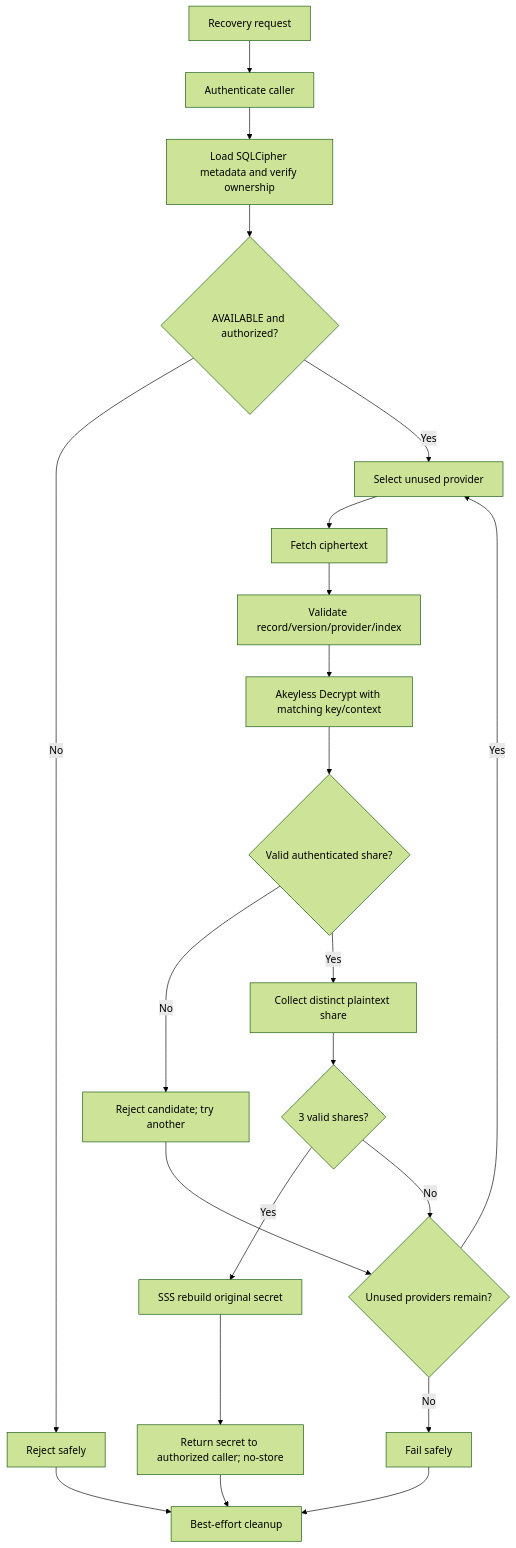
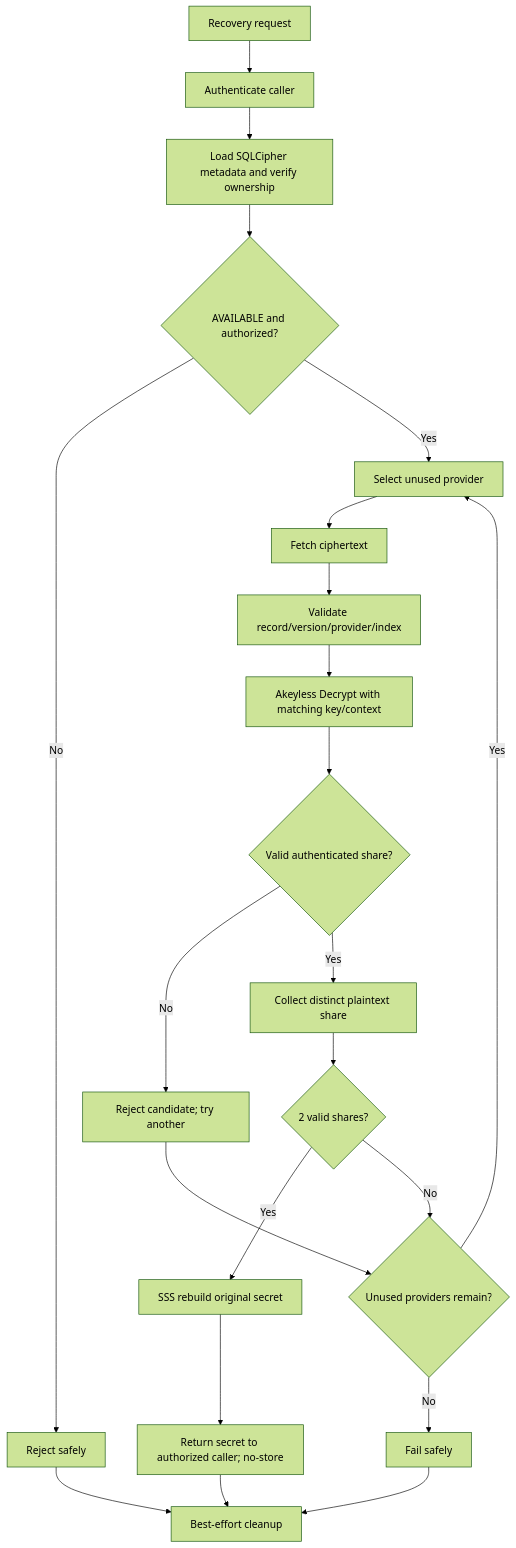
The diagram in docs/firefly-docs-pack/docs/diagrams/03-recover.mmd (Raj-pratap07/Compromized), drawn with Mermaid (forest theme) before and after one commit. The commit also changed 69 other files, not shown here.

```diff
--- a/docs/firefly-docs-pack/docs/diagrams/03-recover.mmd
+++ b/docs/firefly-docs-pack/docs/diagrams/03-recover.mmd
@@ -1,22 +1,22 @@
 flowchart TD
     A[Recovery request] --> B[Authenticate caller]
     B --> C[Load SQLCipher metadata and verify ownership]
     C --> D{AVAILABLE and authorized?}
     D -- No --> E[Reject safely]
     D -- Yes --> F[Select unused provider]
     F --> G[Fetch ciphertext]
     G --> H[Validate record/version/provider/index]
     H --> I[Akeyless Decrypt with matching key/context]
     I --> J{Valid authenticated share?}
     J -- No --> K[Reject candidate; try another]
     J -- Yes --> L[Collect distinct plaintext share]
-    L --> M{3 valid shares?}
+    L --> M{2 valid shares?}
     M -- Yes --> N[SSS rebuild original secret]
     M -- No --> O{Unused providers remain?}
     K --> O
     O -- Yes --> F
     O -- No --> P[Fail safely]
     N --> Q[Return secret to authorized caller; no-store]
     E --> R[Best-effort cleanup]
     P --> R
     Q --> R
```
